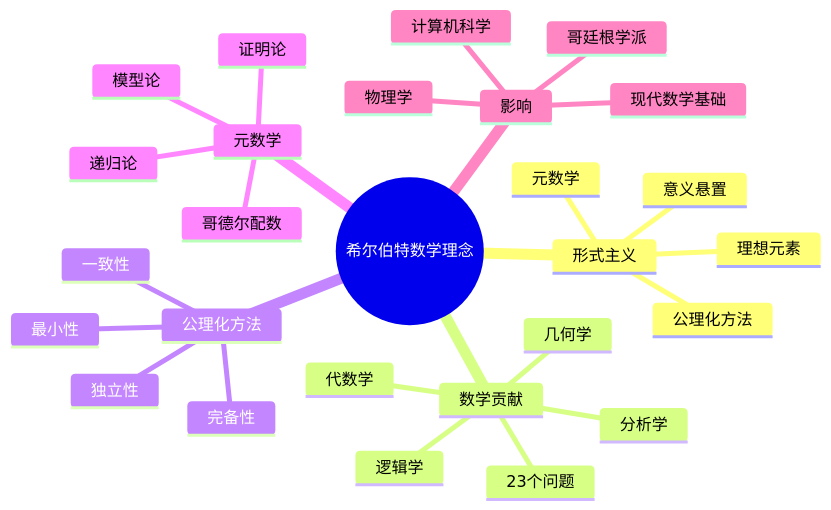
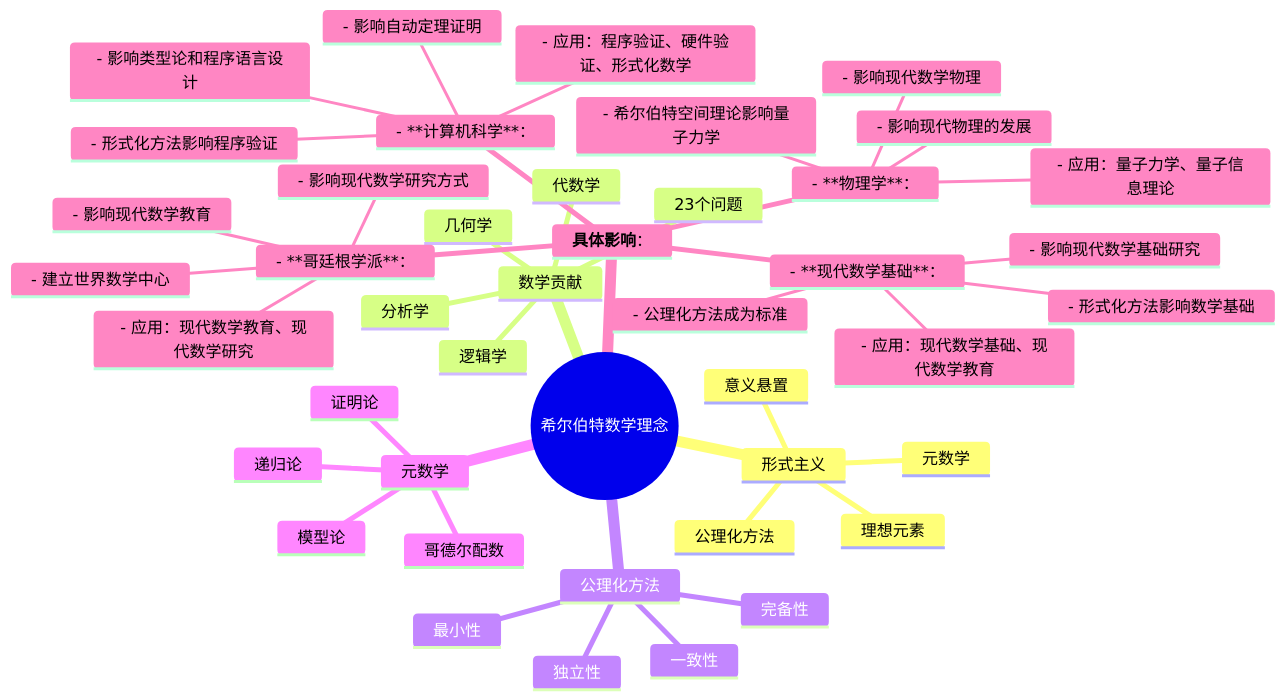
One commit to AdaMartin18010/FormalMath changed the first of 4 diagrams in 数学家理念体系/希尔伯特数学理念/08-知识关联分析/01-概念关联网络.md. Above: the diagram before and after it, drawn with Mermaid. The commit also changed other lines of this file and 246 other files, not shown here.

````diff
--- a/数学家理念体系/希尔伯特数学理念/08-知识关联分析/01-概念关联网络.md
+++ b/数学家理念体系/希尔伯特数学理念/08-知识关联分析/01-概念关联网络.md
@@ -418,30 +427,49 @@
 ```mermaid
 mindmap
   root((希尔伯特数学理念))
     形式主义
       意义悬置
       公理化方法
       元数学
       理想元素
     数学贡献
       几何学
       代数学
       分析学
       逻辑学
       23个问题
     公理化方法
       独立性
       完备性
       一致性
       最小性
     元数学
       证明论
       模型论
       递归论
       哥德尔配数
-    影响
-      哥廷根学派
-      现代数学基础
-      计算机科学
-      物理学
+    **具体影响**：
+      - **哥廷根学派**：
+        - 建立世界数学中心
+        - 影响现代数学教育
+        - 影响现代数学研究方式
+        - 应用：现代数学教育、现代数学研究
+
+      - **现代数学基础**：
+        - 公理化方法成为标准
+        - 形式化方法影响数学基础
+        - 影响现代数学基础研究
+        - 应用：现代数学基础、现代数学教育
+
+      - **计算机科学**：
+        - 形式化方法影响程序验证
+        - 影响自动定理证明
+        - 影响类型论和程序语言设计
+        - 应用：程序验证、硬件验证、形式化数学
+
+      - **物理学**：
+        - 希尔伯特空间理论影响量子力学
+        - 影响现代物理的发展
+        - 影响现代数学物理
+        - 应用：量子力学、量子信息理论
 ```
````
